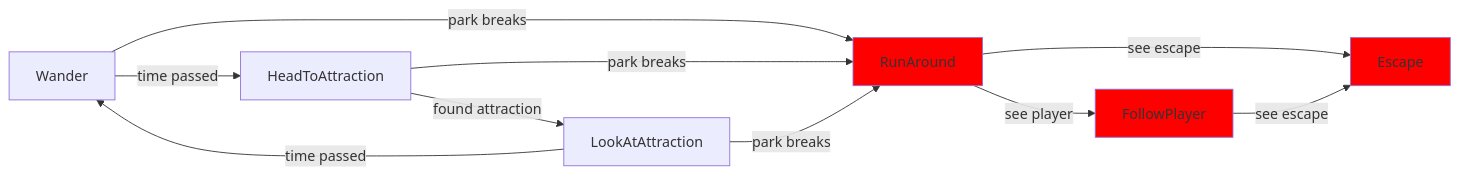
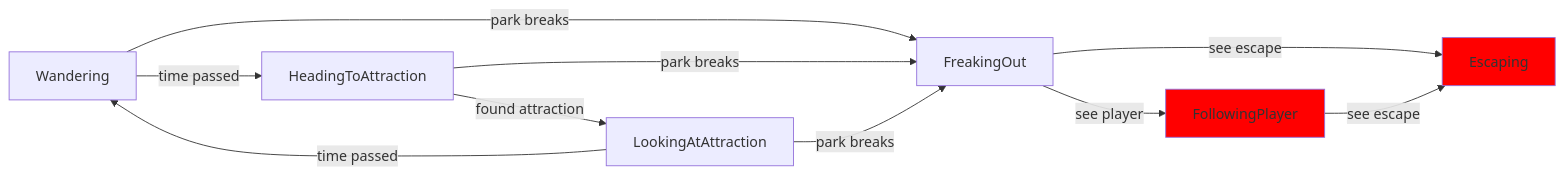
Before and after one commit to alexfiftysix/ThorassicPark: the diagram in Assets/Visitors/visitorBehaviour.md, drawn with Mermaid. The commit also changed 35 other files, not shown here.

Commit message:
Add visitor freaking out state + simplify Decisions

````diff
--- a/Assets/Visitors/visitorBehaviour.md
+++ b/Assets/Visitors/visitorBehaviour.md
@@ -1,19 +1,18 @@
 ```mermaid
 graph LR;
-    Wander -- time passed --> HeadToAttraction
-    HeadToAttraction -- found attraction --> LookAtAttraction
-    LookAtAttraction -- time passed --> Wander
+    Wandering -- time passed --> HeadingToAttraction
+    HeadingToAttraction -- found attraction --> LookingAtAttraction
+    LookingAtAttraction -- time passed --> Wandering
 
-    Wander -- park breaks --> RunAround
-    HeadToAttraction -- park breaks --> RunAround
-    LookAtAttraction -- park breaks --> RunAround
+    Wandering -- park breaks --> FreakingOut
+    HeadingToAttraction -- park breaks --> FreakingOut
+    LookingAtAttraction -- park breaks --> FreakingOut
     
-    RunAround -- see player --> FollowPlayer
-    style RunAround fill:#f00
+    FreakingOut -- see player --> FollowingPlayer
     
-    RunAround -- see escape --> Escape
-    FollowPlayer -- see escape --> Escape
-    style FollowPlayer fill:#f00
-    style Escape fill:#f00
+    FreakingOut -- see escape --> Escaping
+    FollowingPlayer -- see escape --> Escaping
+    style FollowingPlayer fill:#f00
+    style Escaping fill:#f00
 
 ```
````
